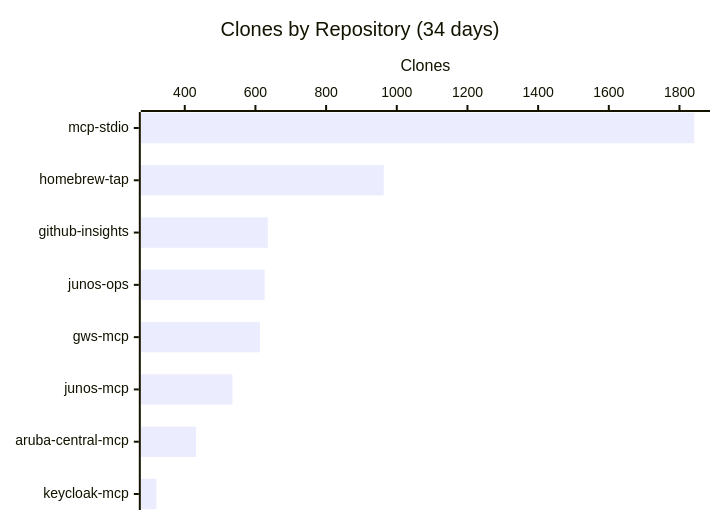
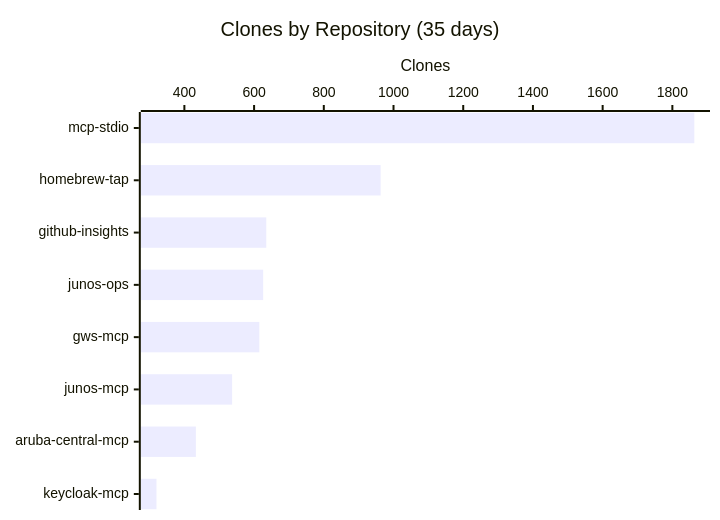
Before and after one commit to shigechika/github-insights: the third of 3 diagrams in README.md, drawn with Mermaid. The commit also changed other lines of this file and 1 other file, not shown here.

````diff
--- a/README.md
+++ b/README.md
@@ -34,7 +34,7 @@
 ```mermaid
 xychart-beta horizontal
-    title "Clones by Repository (34 days)"
+    title "Clones by Repository (35 days)"
     x-axis ["mcp-stdio", "homebrew-tap", "github-insights", "junos-ops", "gws-mcp", "junos-mcp", "aruba-central-mcp", "keycloak-mcp"]
     y-axis "Clones"
-    bar [1842, 963, 635, 626, 613, 535, 432, 320]
+    bar [1863, 963, 635, 626, 615, 537, 433, 320]
 ```
````
